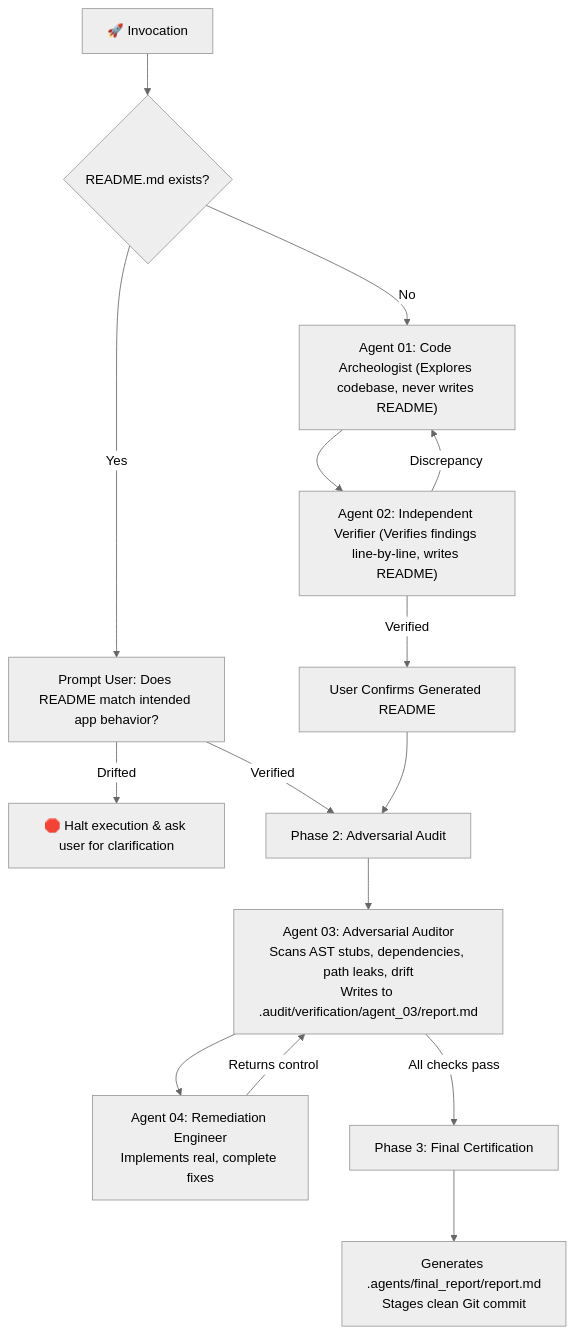
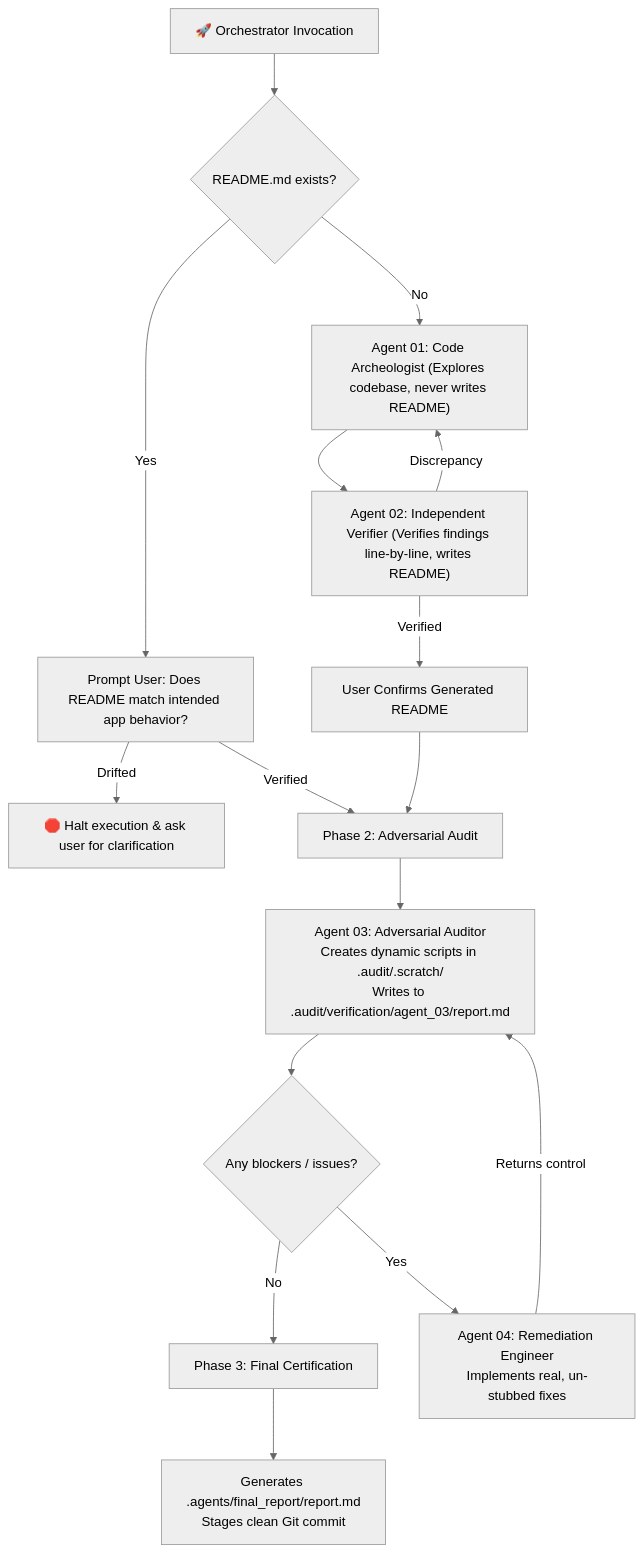
Before and after one commit to subhasishsaha/github-push-skill: the diagram in README.md, drawn with Mermaid (neutral theme). The commit also changed other lines of this file and 11 other files, not shown here.

Commit message:
feat: upgrade skill to orchestrator model with dynamic .audit/.scratch/ scripting

````diff
--- a/README.md
+++ b/README.md
@@ -15,20 +16,21 @@
 ```mermaid
 flowchart TD
-    Start["🚀 Invocation"] --> CheckReadme{"README.md exists?"}
+    Start["🚀 Orchestrator Invocation"] --> CheckReadme{"README.md exists?"}
     
     CheckReadme -->|Yes| VerifyUser["Prompt User: Does README match intended app behavior?"]
     VerifyUser -->|Drifted| Halt["🛑 Halt execution & ask user for clarification"]
     VerifyUser -->|Verified| Phase2["Phase 2: Adversarial Audit"]
 
     CheckReadme -->|No| A1["Agent 01: Code Archeologist (Explores codebase, never writes README)"]
     A1 --> A2["Agent 02: Independent Verifier (Verifies findings line-by-line, writes README)"]
     A2 -->|Discrepancy| A1
     A2 -->|Verified| ConfirmUser["User Confirms Generated README"] --> Phase2
 
-    Phase2 --> A3["Agent 03: Adversarial Auditor\nScans AST stubs, dependencies, path leaks, drift\nWrites to .audit/verification/agent_03/report.md"]
-    A3 --> A4["Agent 04: Remediation Engineer\nImplements real, complete fixes"]
+    Phase2 --> A3["Agent 03: Adversarial Auditor\nCreates dynamic scripts in .audit/.scratch/\nWrites to .audit/verification/agent_03/report.md"]
+    A3 --> CheckBlockers{"Any blockers / issues?"}
+    CheckBlockers -->|No| Phase3["Phase 3: Final Certification"]
+    CheckBlockers -->|Yes| A4["Agent 04: Remediation Engineer\nImplements real, un-stubbed fixes"]
     A4 -->|Returns control| A3
-    A3 -->|All checks pass| Phase3["Phase 3: Final Certification"]
 
     Phase3 --> FinalReport["Generates .agents/final_report/report.md\nStages clean Git commit"]
 ```
````
